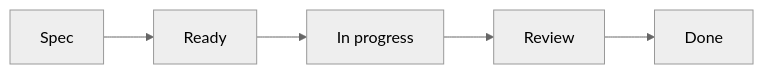
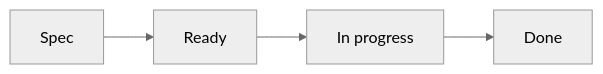
One commit to edjosephgr/portfolio-docs changed the diagram in docs/architecture/framework-workflow.md. Above: the diagram before and after it, drawn with Mermaid (neutral theme). The commit also changed other lines of this file and 26 other files, not shown here.

````diff
--- a/docs/architecture/framework-workflow.md
+++ b/docs/architecture/framework-workflow.md
@@ -22,7 +22,6 @@
 ```mermaid
 flowchart LR
   Spec --> Ready
   Ready --> InProgress["In progress"]
-  InProgress --> Review
-  Review --> Done
+  InProgress --> Done
 ```
````
